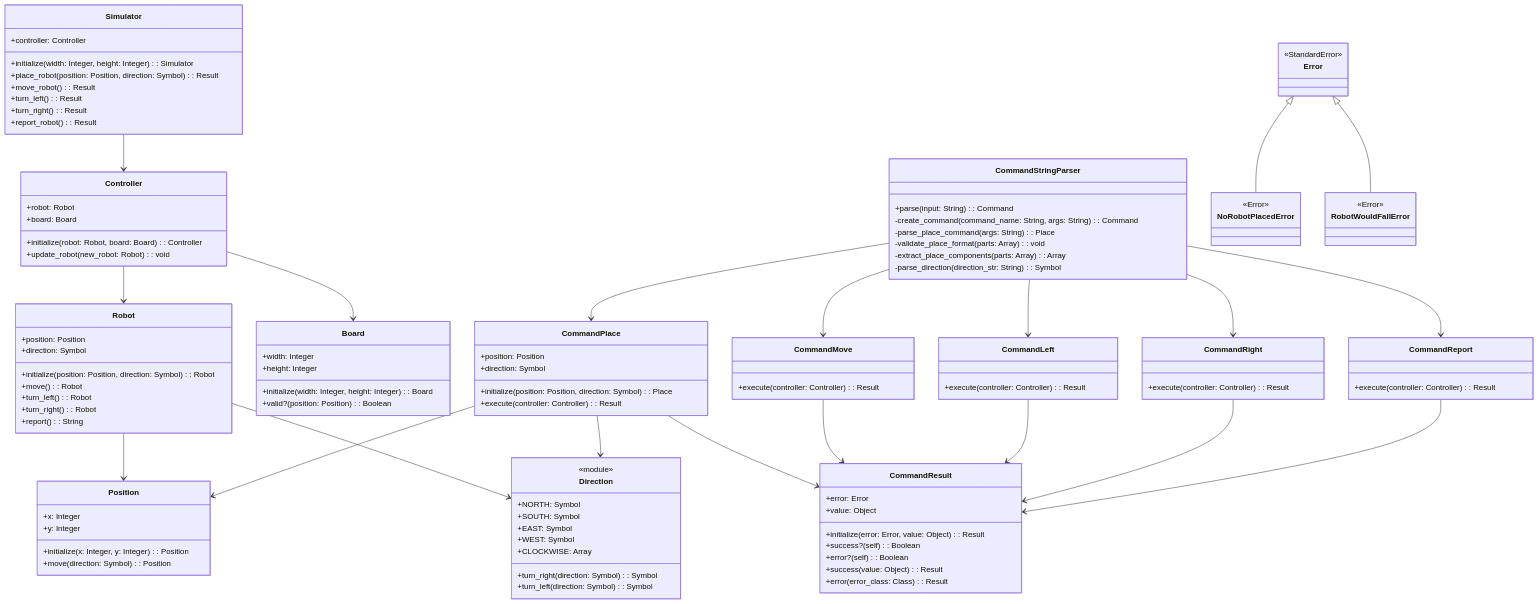
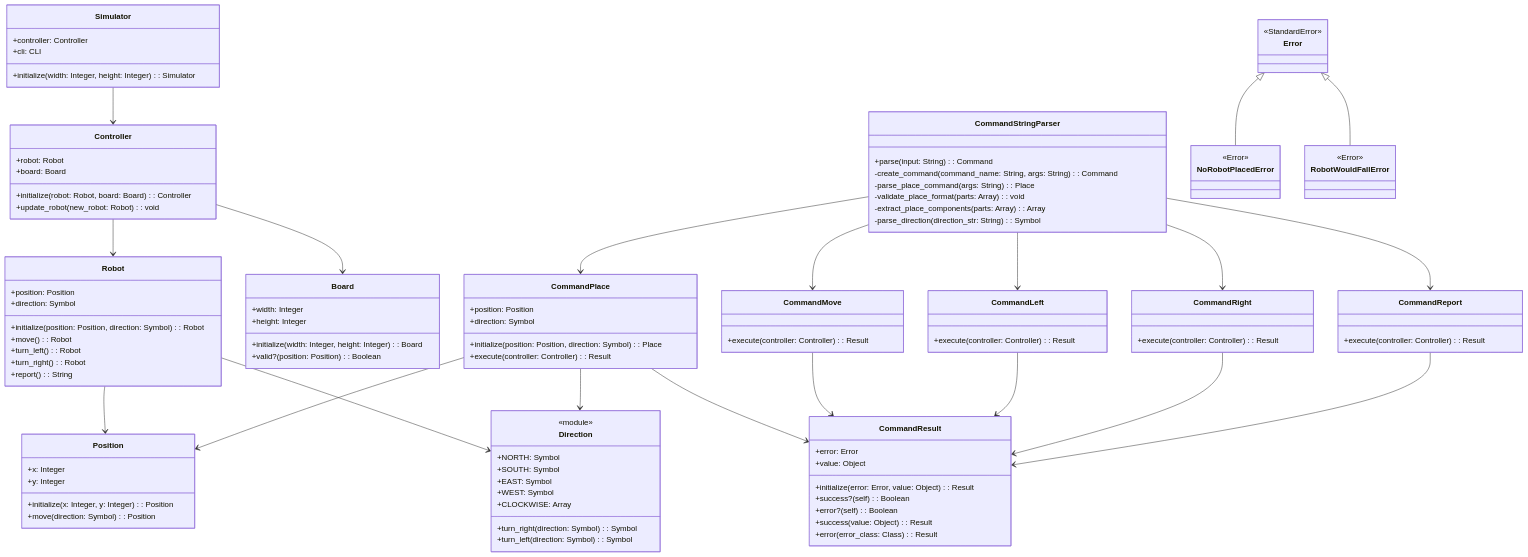
One commit to tom-barone/robot-simulator changed the diagram in .claude/docs/design.md. Above: the diagram before and after it, drawn with Mermaid. The commit also changed other lines of this file and 3 other files, not shown here.

```diff
--- a/.claude/docs/design.md
+++ b/.claude/docs/design.md
@@ -80,12 +80,8 @@
 
     class Simulator {
         +controller: Controller
+        +cli: CLI
         +initialize(width: Integer, height: Integer): Simulator
-        +place_robot(position: Position, direction: Symbol): Result
-        +move_robot(): Result
-        +turn_left(): Result
-        +turn_right(): Result
-        +report_robot(): Result
     }
 
     class CommandResult {
```
